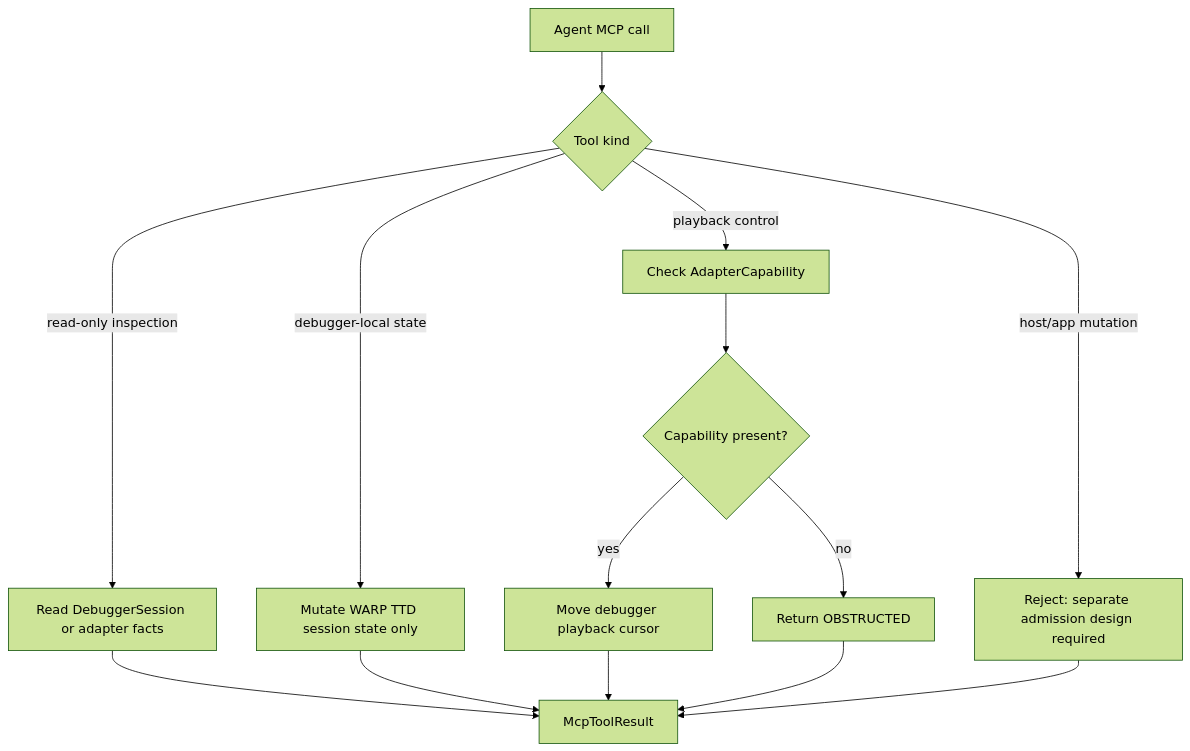
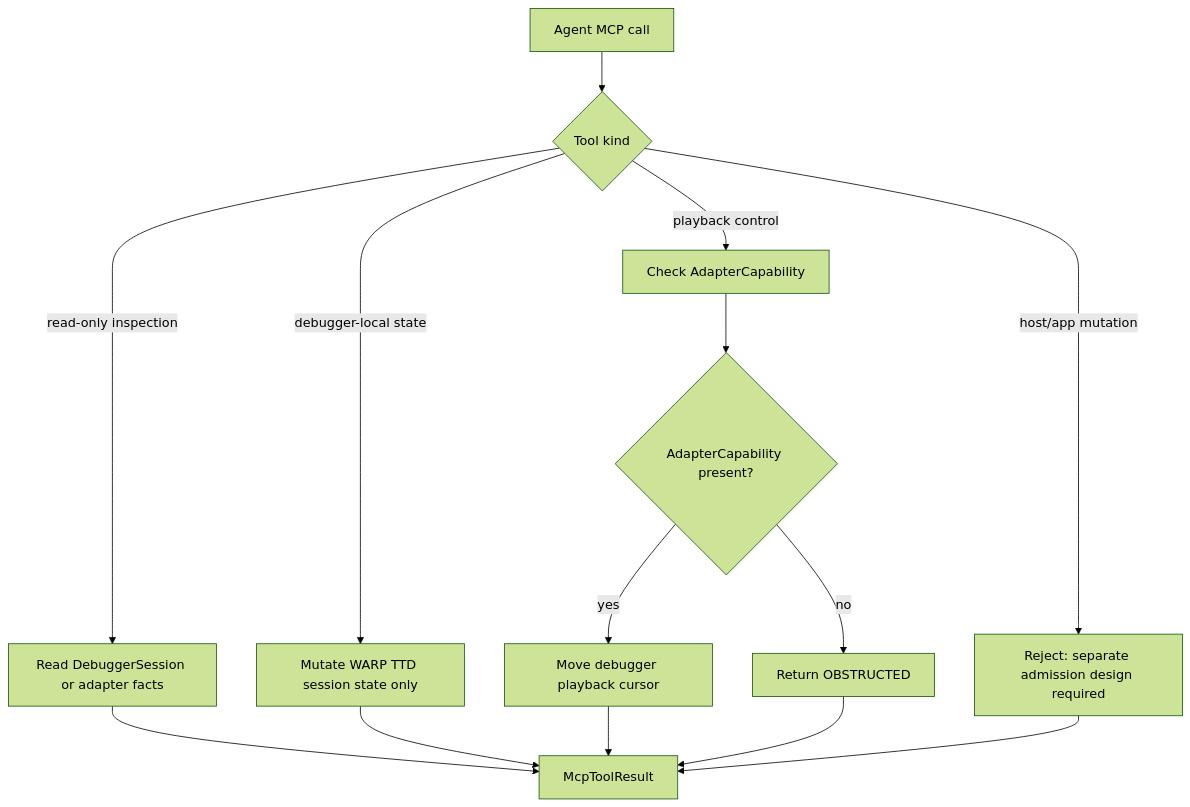
The sixth of 6 diagrams in docs/design/0022-mcp-agent-parity/mcp-agent-parity.md (flyingrobots/warp-ttd), drawn with Mermaid (forest theme) before and after one commit. The commit also changed other lines of this file and 2 other files, not shown here.

Commit message:
Fix: reserve capability vocabulary in MCP design

````diff
--- a/docs/design/0022-mcp-agent-parity/mcp-agent-parity.md
+++ b/docs/design/0022-mcp-agent-parity/mcp-agent-parity.md
@@ -267,16 +267,16 @@
 ```mermaid
 flowchart TD
     A[Agent MCP call] --> B{Tool kind}
     B -->|read-only inspection| C[Read DebuggerSession or adapter facts]
     B -->|debugger-local state| D[Mutate WARP TTD session state only]
     B -->|playback control| E[Check AdapterCapability]
     B -->|host/app mutation| F[Reject: separate admission design required]
-    E --> G{Capability present?}
+    E --> G{AdapterCapability present?}
     G -->|yes| H[Move debugger playback cursor]
     G -->|no| I[Return OBSTRUCTED]
     C --> J[McpToolResult]
     D --> J
     H --> J
     I --> J
     F --> J
 ```
````
